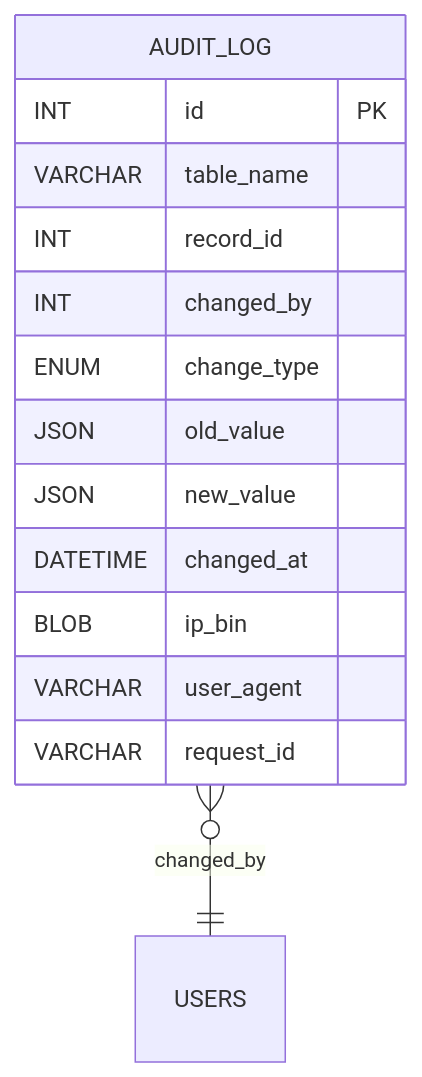
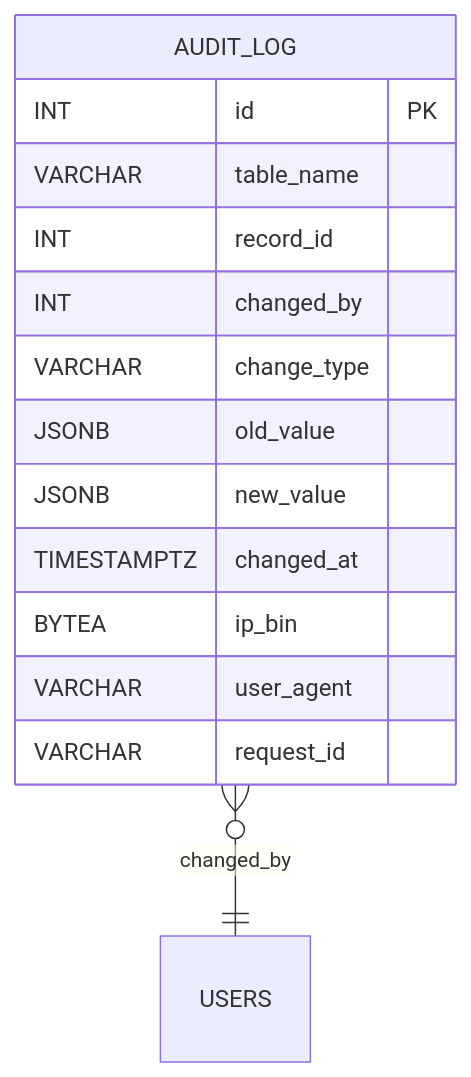
Before and after one commit to blackcatdatabase/table-audit-log: the diagram in README.md, drawn with Mermaid. The commit also changed other lines of this file and 26 other files, not shown here.

First line of the commit message:
Regen schema (#1)

````diff
--- a/README.md
+++ b/README.md
@@ -57,17 +60,17 @@
 ```mermaid
 erDiagram
   AUDIT_LOG {
     INT id PK
     VARCHAR table_name
     INT record_id
     INT changed_by
-    ENUM change_type
-    JSON old_value
-    JSON new_value
-    DATETIME changed_at
-    BLOB ip_bin
+    VARCHAR change_type
+    JSONB old_value
+    JSONB new_value
+    TIMESTAMPTZ changed_at
+    BYTEA ip_bin
     VARCHAR user_agent
     VARCHAR request_id
   }
   AUDIT_LOG }o--|| USERS : "changed_by"
 ```
````
